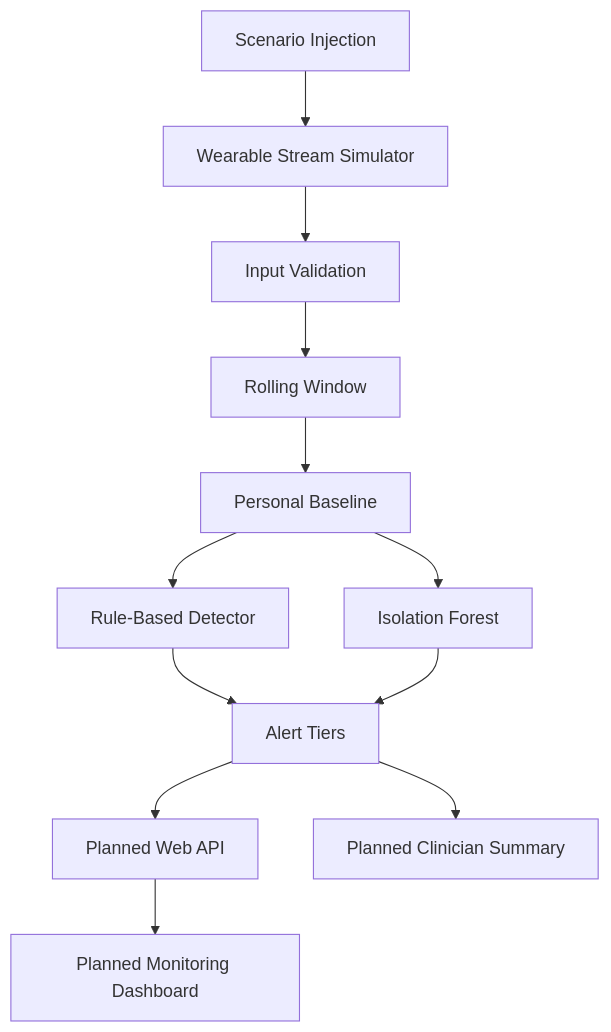
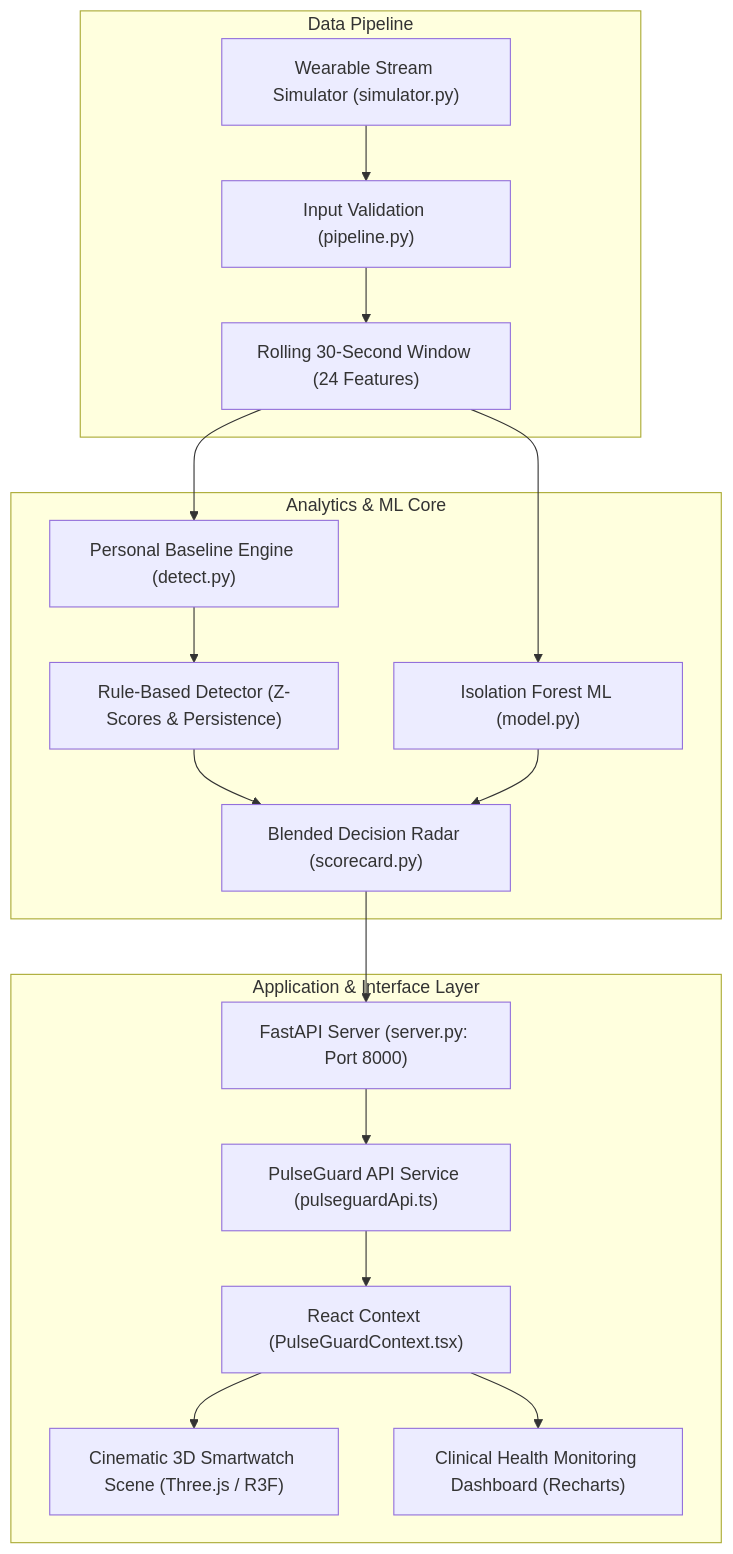
Before and after one commit to codebynikhil08/Hackseries-3.O: the diagram in README.md, drawn with Mermaid. The commit also changed other lines of this file and 33 other files, not shown here.

Commit message:
Final Release: PulseGuard 3D Wearable Radar & ML Anomaly Detection Integration

````diff
--- a/README.md
+++ b/README.md
@@ -93,14 +49,21 @@
 ```mermaid
 flowchart TD
-    A["Wearable Stream Simulator"] --> B["Input Validation"]
-    B --> C["Rolling Window"]
-    C --> D["Personal Baseline"]
-    D --> E["Rule-Based Detector"]
-    D --> F["Isolation Forest"]
-    E --> G["Alert Tiers"]
-    F --> G
-    H["Scenario Injection"] --> A
-    G --> I["Planned Web API"]
-    I --> J["Planned Monitoring Dashboard"]
-    G --> K["Planned Clinician Summary"]
+    subgraph Data Pipeline
+        A["Wearable Stream Simulator (simulator.py)"] --> B["Input Validation (pipeline.py)"]
+        B --> C["Rolling 30-Second Window (24 Features)"]
+    end
+    subgraph Analytics & ML Core
+        C --> D["Personal Baseline Engine (detect.py)"]
+        D --> E["Rule-Based Detector (Z-Scores & Persistence)"]
+        C --> F["Isolation Forest ML (model.py)"]
+        E --> G["Blended Decision Radar (scorecard.py)"]
+        F --> G
+    end
+    subgraph Application & Interface Layer
+        G --> H["FastAPI Server (server.py: Port 8000)"]
+        H --> I["PulseGuard API Service (pulseguardApi.ts)"]
+        I --> J["React Context (PulseGuardContext.tsx)"]
+        J --> K["Cinematic 3D Smartwatch Scene (Three.js / R3F)"]
+        J --> L["Clinical Health Monitoring Dashboard (Recharts)"]
+    end
 ```
````
